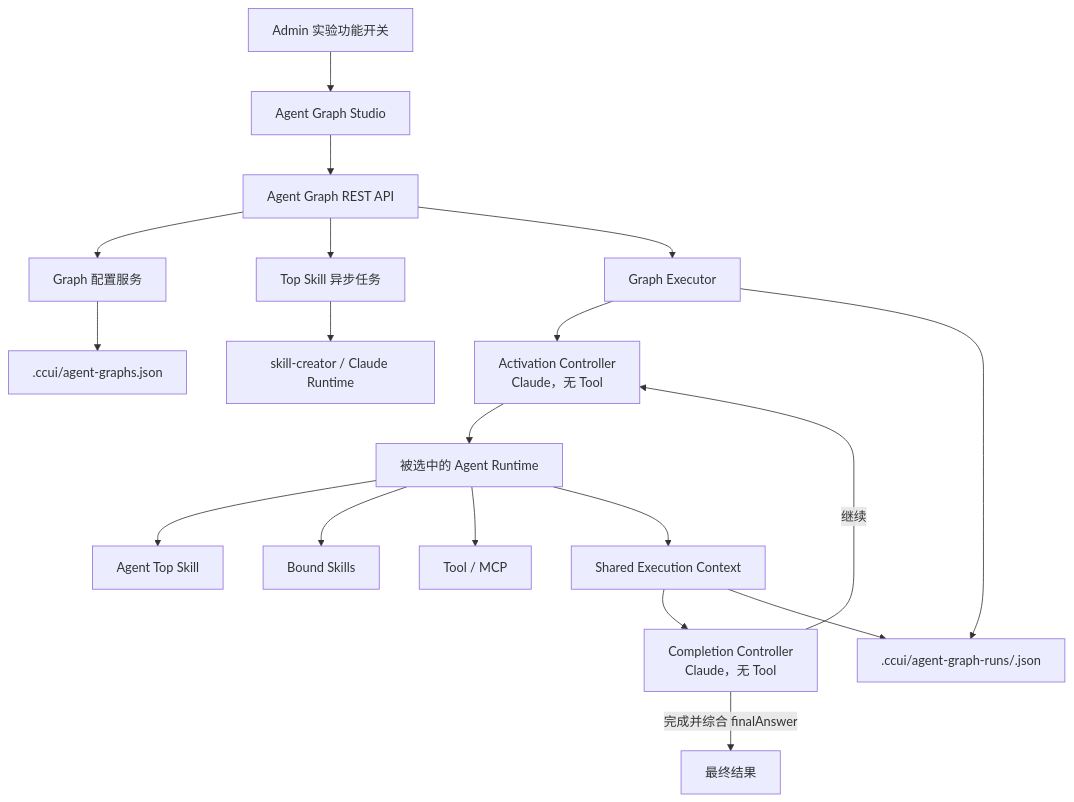
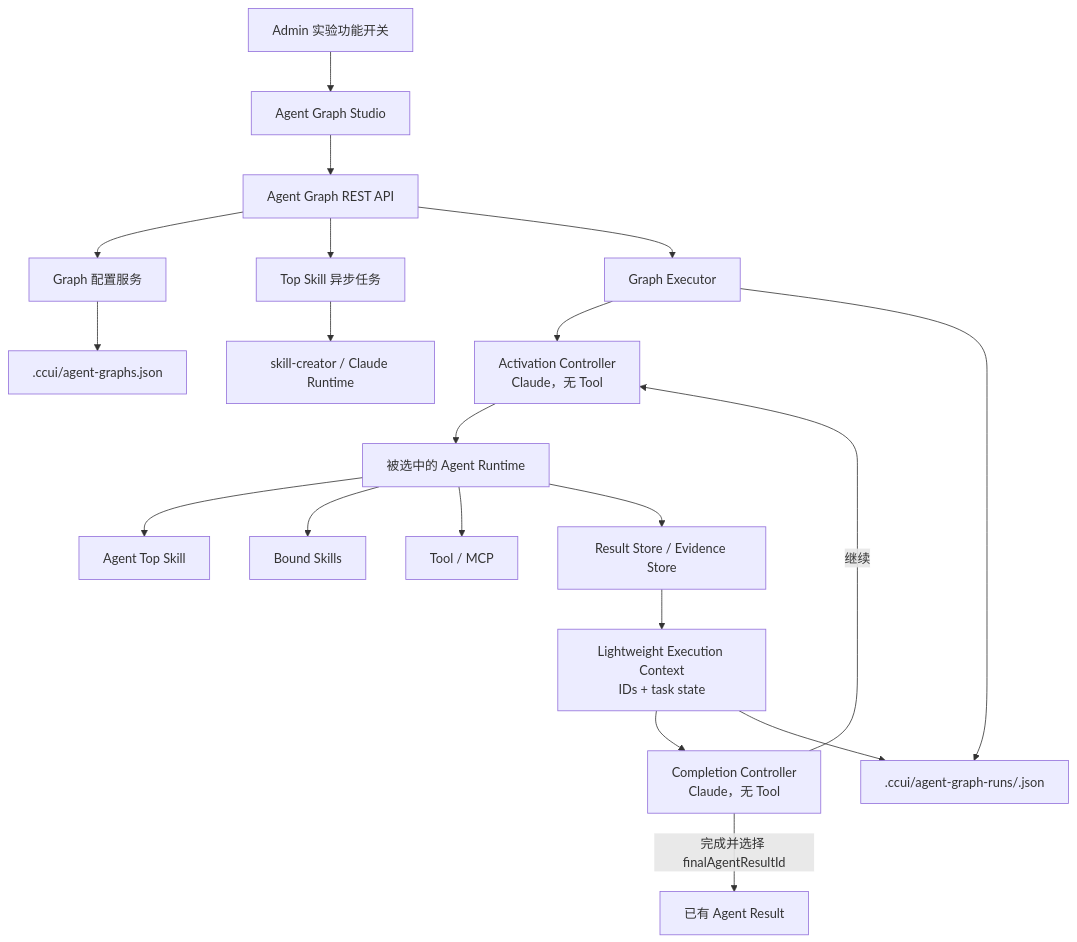
The first of 2 diagrams in AGENT_GRAPH_IMPLEMENTATION.md (Huijie-Qin/claudecodeui), drawn with Mermaid before and after one commit. The commit also changed other lines of this file and 10 other files, not shown here.

Commit message:
feat(agent-graph): optimize runtime sessions and context

````diff
--- a/AGENT_GRAPH_IMPLEMENTATION.md
+++ b/AGENT_GRAPH_IMPLEMENTATION.md
@@ -31,24 +31,25 @@
 ```mermaid
 flowchart TD
     Admin["Admin 实验功能开关"] --> Studio["Agent Graph Studio"]
     Studio --> API["Agent Graph REST API"]
     API --> GraphService["Graph 配置服务"]
     API --> TopSkillJobs["Top Skill 异步任务"]
     API --> Executor["Graph Executor"]
 
     GraphService --> GraphStore[".ccui/agent-graphs.json"]
     TopSkillJobs --> SkillCreator["skill-creator / Claude Runtime"]
 
     Executor --> Activation["Activation Controller\nClaude，无 Tool"]
     Activation --> AgentRuntime["被选中的 Agent Runtime"]
     AgentRuntime --> TopSkill["Agent Top Skill"]
     AgentRuntime --> Skills["Bound Skills"]
     AgentRuntime --> MCP["Tool / MCP"]
-    AgentRuntime --> Context["Shared Execution Context"]
+    AgentRuntime --> Stores["Result Store / Evidence Store"]
+    Stores --> Context["Lightweight Execution Context\nIDs + task state"]
     Context --> Completion["Completion Controller\nClaude，无 Tool"]
     Completion -->|继续| Activation
-    Completion -->|完成并综合 finalAnswer| Result["最终结果"]
+    Completion -->|完成并选择 finalAgentResultId| Result["已有 Agent Result"]
 
     Executor --> RunStore[".ccui/agent-graph-runs/<runId>.json"]
     Context --> RunStore
 ```
````
